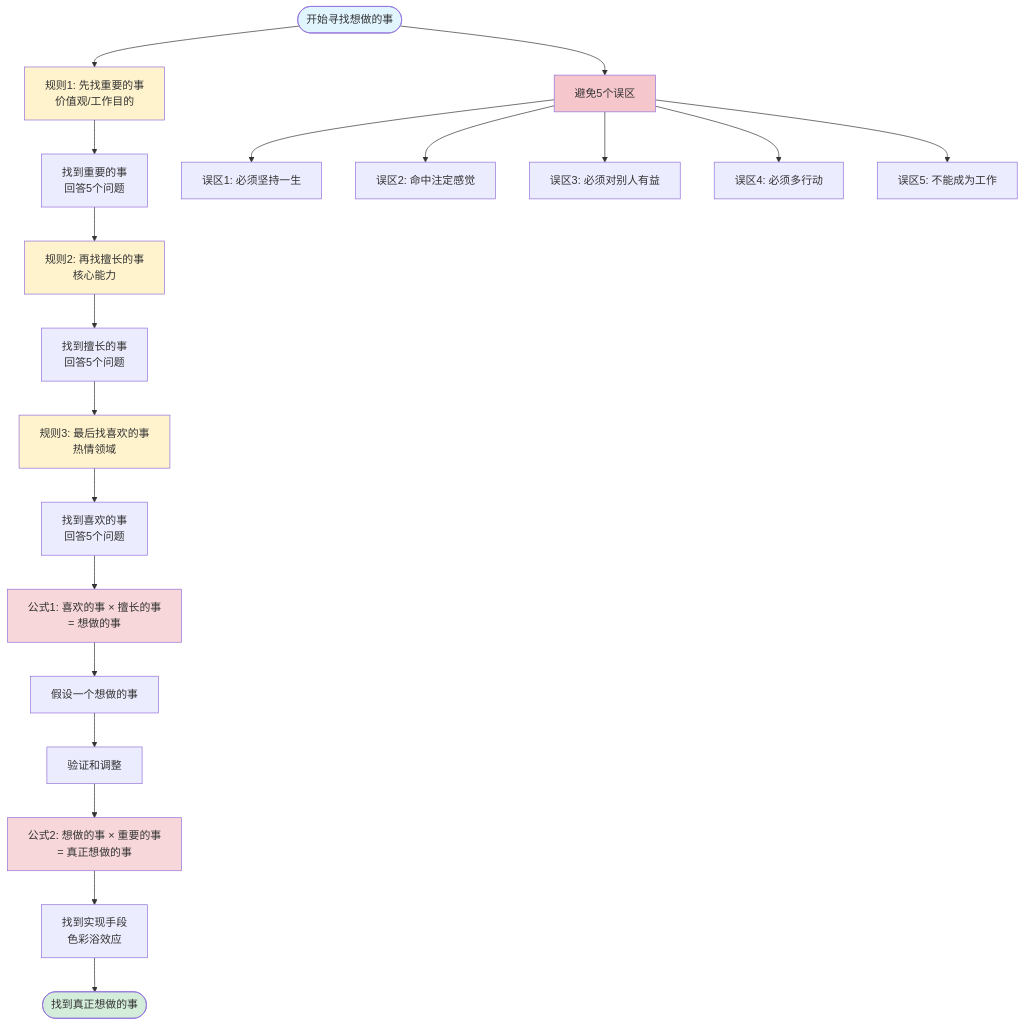
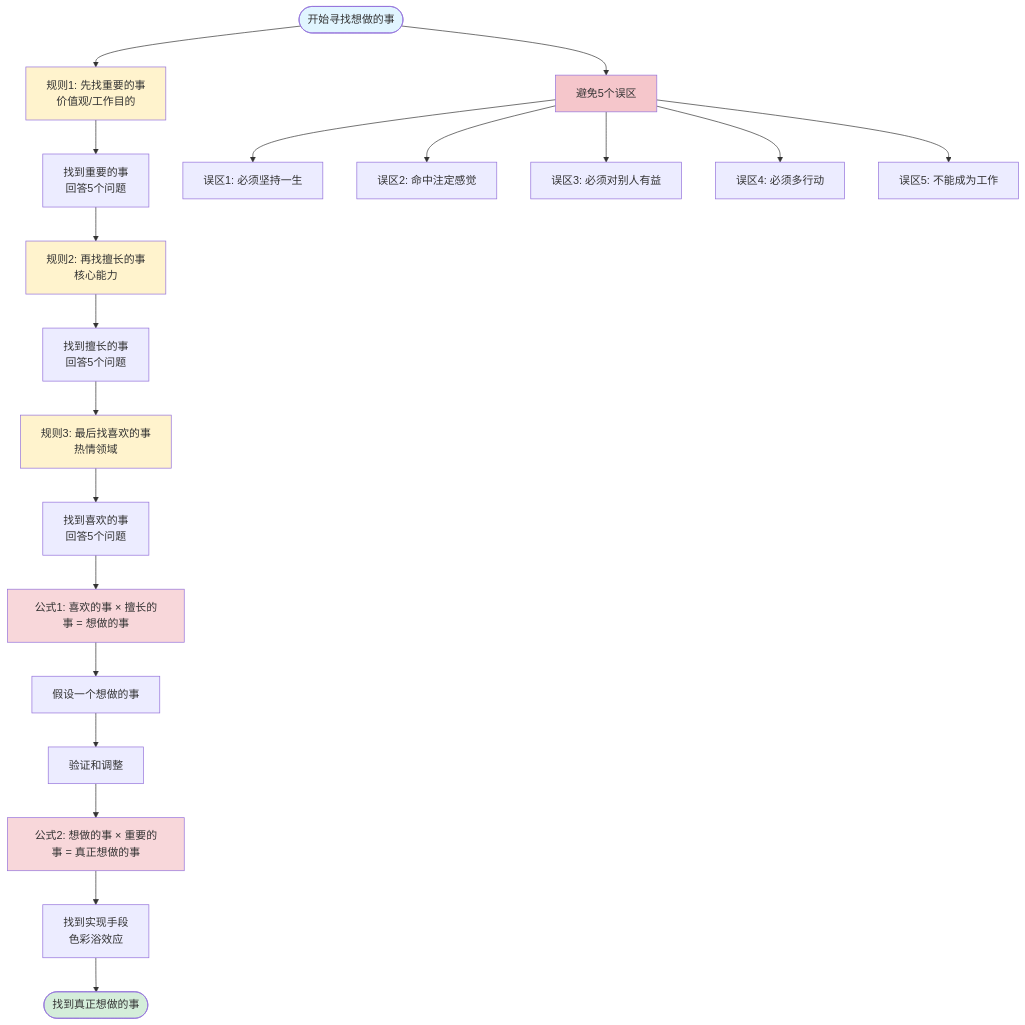
Before and after one commit to LYDONLUCIEN/BeingDoing: the first of 2 diagrams in note_organized.md, drawn with Mermaid. The commit also changed other lines of this file and 185 other files, not shown here.

````diff
--- a/note_organized.md
+++ b/note_organized.md
@@ -271,32 +280,32 @@
 ```mermaid
 flowchart TD
     Start([开始寻找想做的事]) --> Rule1[规则1: 先找重要的事<br/>价值观/工作目的]
     Rule1 --> FindValues[找到重要的事<br/>回答5个问题]
     FindValues --> Rule2[规则2: 再找擅长的事<br/>核心能力]
     Rule2 --> FindStrengths[找到擅长的事<br/>回答5个问题]
     FindStrengths --> Rule3[规则3: 最后找喜欢的事<br/>热情领域]
     Rule3 --> FindInterests[找到喜欢的事<br/>回答5个问题]
     
-    FindInterests --> Formula1[公式1: 喜欢的事 × 擅长的事<br/>= 想做的事]
+    FindInterests --> Formula1["公式1: 喜欢的事 × 擅长的事 = 想做的事"]
     Formula1 --> Hypothesis[假设一个想做的事]
     Hypothesis --> Test[验证和调整]
-    Test --> Formula2[公式2: 想做的事 × 重要的事<br/>= 真正想做的事]
+    Test --> Formula2["公式2: 想做的事 × 重要的事 = 真正想做的事"]
     Formula2 --> FindMeans[找到实现手段<br/>色彩浴效应]
     FindMeans --> Success([找到真正想做的事])
     
     Start --> Avoid[避免5个误区]
     Avoid --> M1[误区1: 必须坚持一生]
     Avoid --> M2[误区2: 命中注定感觉]
     Avoid --> M3[误区3: 必须对别人有益]
     Avoid --> M4[误区4: 必须多行动]
     Avoid --> M5[误区5: 不能成为工作]
     
     style Start fill:#e1f5ff
     style Success fill:#d4edda
     style Rule1 fill:#fff3cd
     style Rule2 fill:#fff3cd
     style Rule3 fill:#fff3cd
     style Formula1 fill:#f8d7da
     style Formula2 fill:#f8d7da
     style Avoid fill:#f5c6cb
 ```
````
